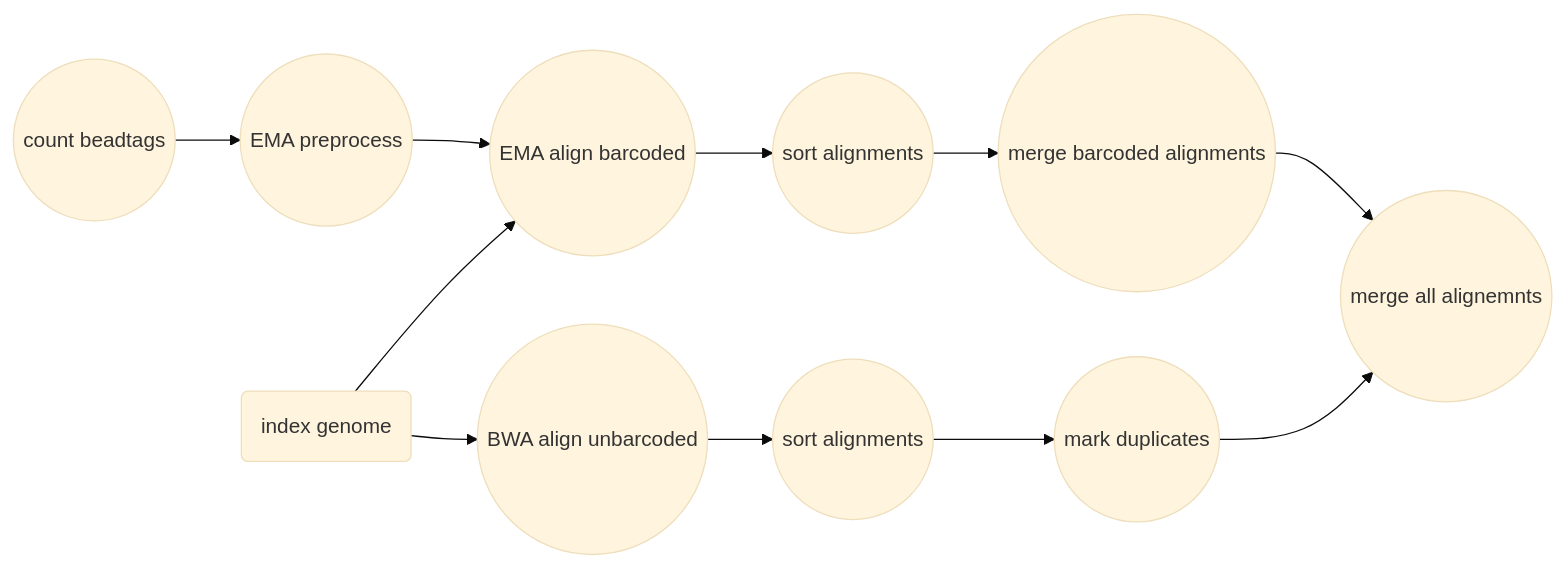
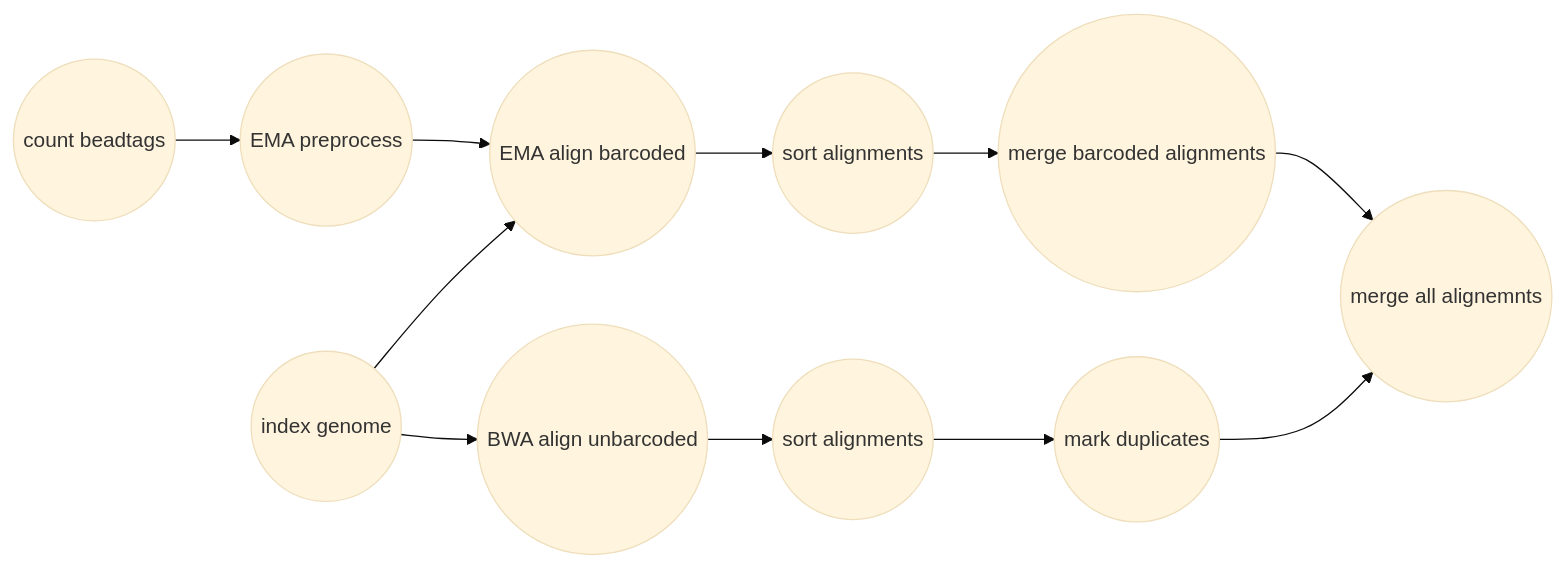
Before and after one commit to pdimens/harpy: the first of 2 diagrams in docs/readmapping.md, drawn with Mermaid (base theme). The commit also changed other lines of this file, not shown here.

Commit message:
touch up docs

````diff
--- a/docs/readmapping.md
+++ b/docs/readmapping.md
@@ -43,13 +43,13 @@
 ```mermaid
 graph LR
     A((count beadtags)) --> B((EMA preprocess))
     B-->C((EMA align barcoded))
     C-->D((sort alignments))
     D-->E((merge barcoded alignments))
     E-->F((merge all alignemnts))
-    IDX(index genome)-->C
+    IDX((index genome))-->C
     IDX-->Z((BWA align unbarcoded))
     Z-->Y((sort alignments))
     Y-->X((mark duplicates))
     X-->F
 ```
````
